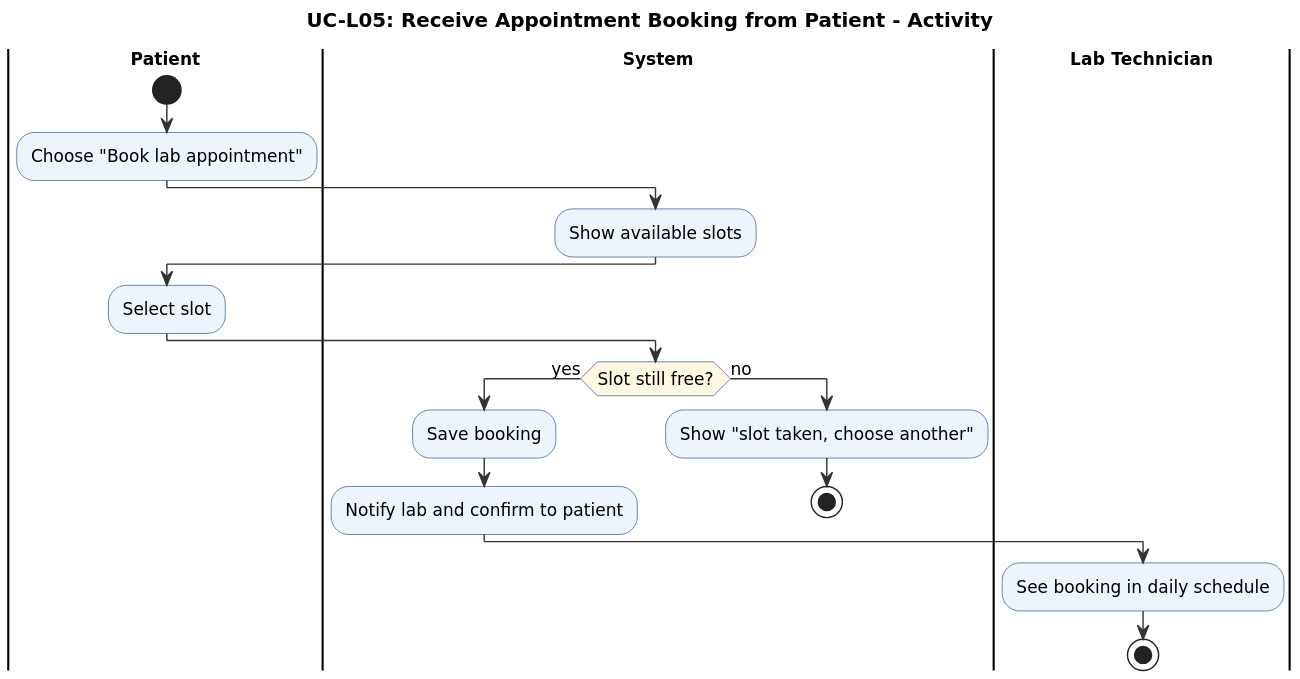
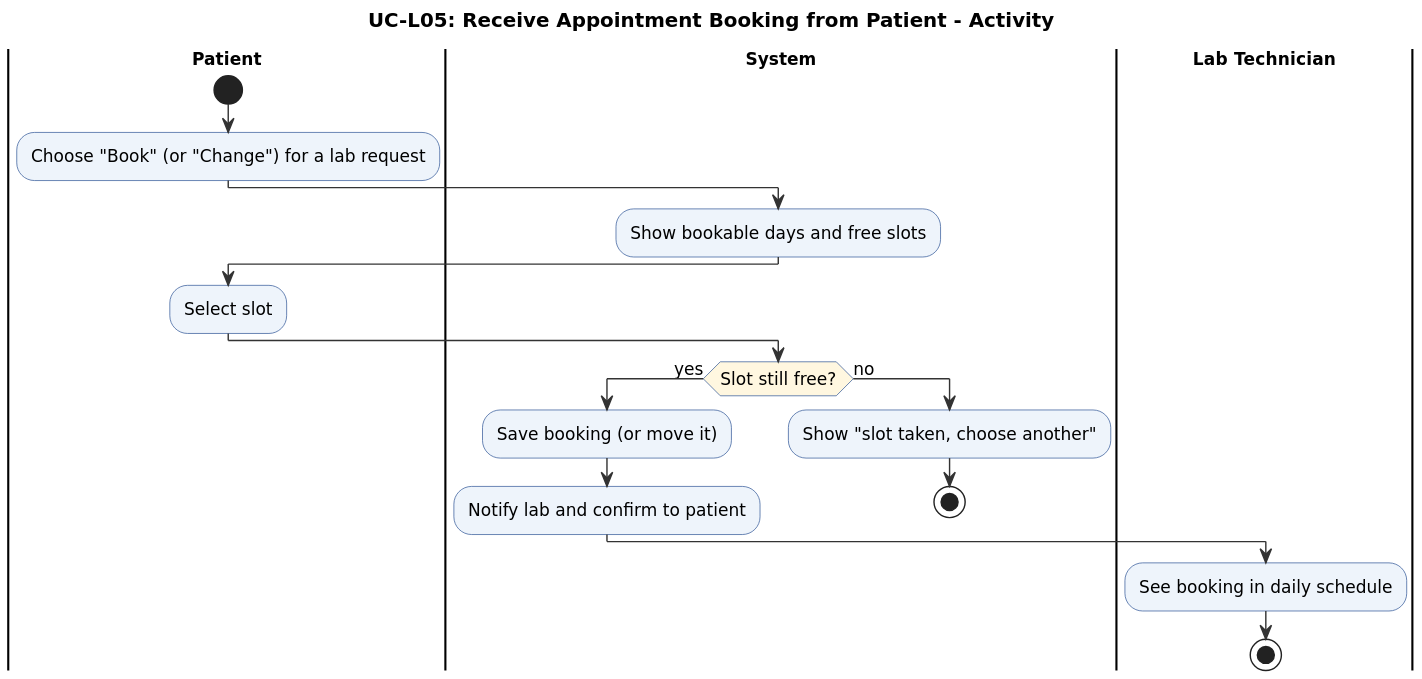
One commit to aymansl/HCMS changed the diagram in docs/diagrams/UC-L05_act.puml. Above: the diagram before and after it, drawn with PlantUML. The commit also changed 29 other files, not shown here.

Commit message:
feat(lab): receive lab appointment booking from patient (L5)

```diff
--- a/docs/diagrams/UC-L05_act.puml
+++ b/docs/diagrams/UC-L05_act.puml
@@ -1,38 +1,38 @@
 @startuml
 skinparam dpi 170
 skinparam shadowing false
 skinparam defaultFontName DejaVu Sans
 skinparam defaultFontSize 12
 skinparam ArrowColor #333333
 skinparam ActivityBackgroundColor #EEF4FB
 skinparam ActivityBorderColor #2F5597
 skinparam ActivityDiamondBackgroundColor #FFF7E0
 skinparam SwimlaneTitleFontStyle bold
 skinparam ParticipantBackgroundColor #EEF4FB
 skinparam ParticipantBorderColor #2F5597
 skinparam SequenceLifeLineBorderColor #888888
 skinparam UsecaseBackgroundColor #EEF4FB
 skinparam UsecaseBorderColor #2F5597
 skinparam ActorBorderColor #2F5597
 skinparam DatabaseBackgroundColor #EEF4FB
 skinparam SequenceGroupHeaderFontStyle bold
 title UC-L05: Receive Appointment Booking from Patient - Activity
 |Patient|
 start
-:Choose "Book lab appointment";
+:Choose "Book" (or "Change") for a lab request;
 |System|
-:Show available slots;
+:Show bookable days and free slots;
 |Patient|
 :Select slot;
 |System|
 if (Slot still free?) then (yes)
-  :Save booking;
+  :Save booking (or move it);
   :Notify lab and confirm to patient;
 else (no)
   :Show "slot taken, choose another";
   stop
 endif
 |Lab Technician|
 :See booking in daily schedule;
 stop
 @enduml
```
